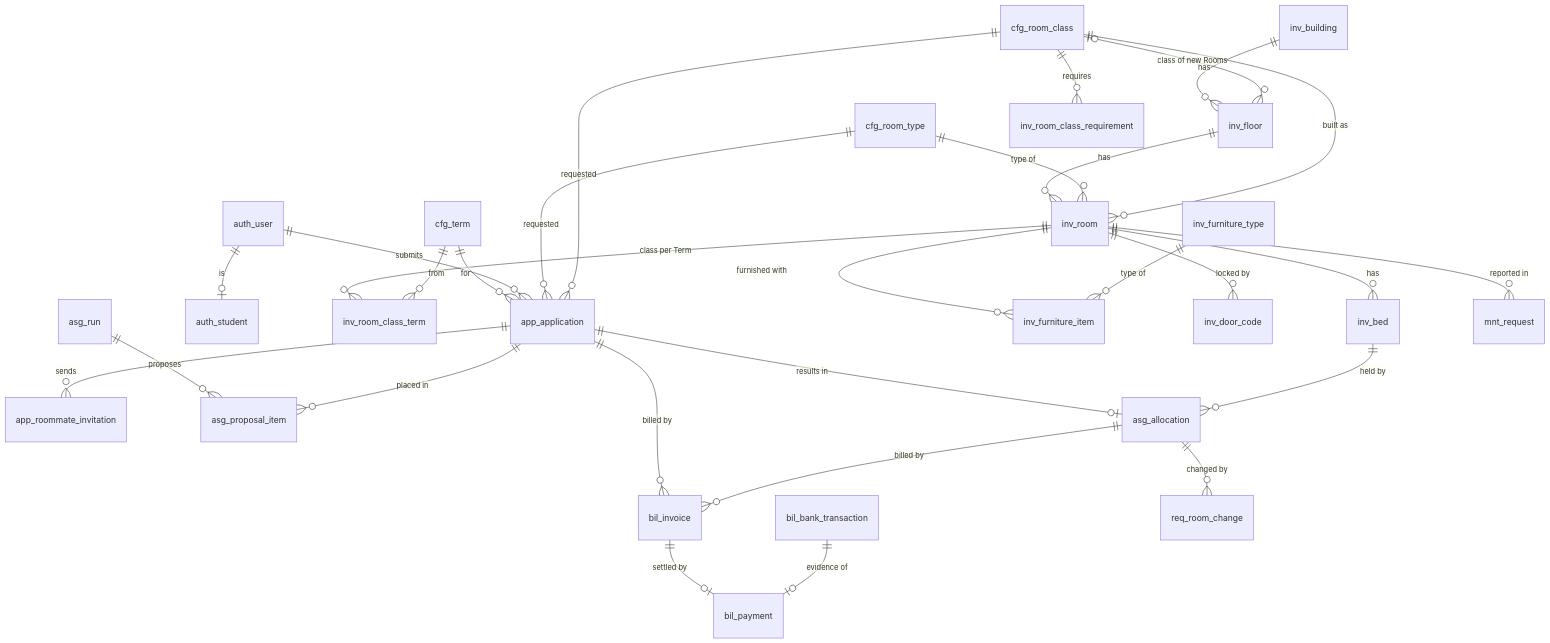
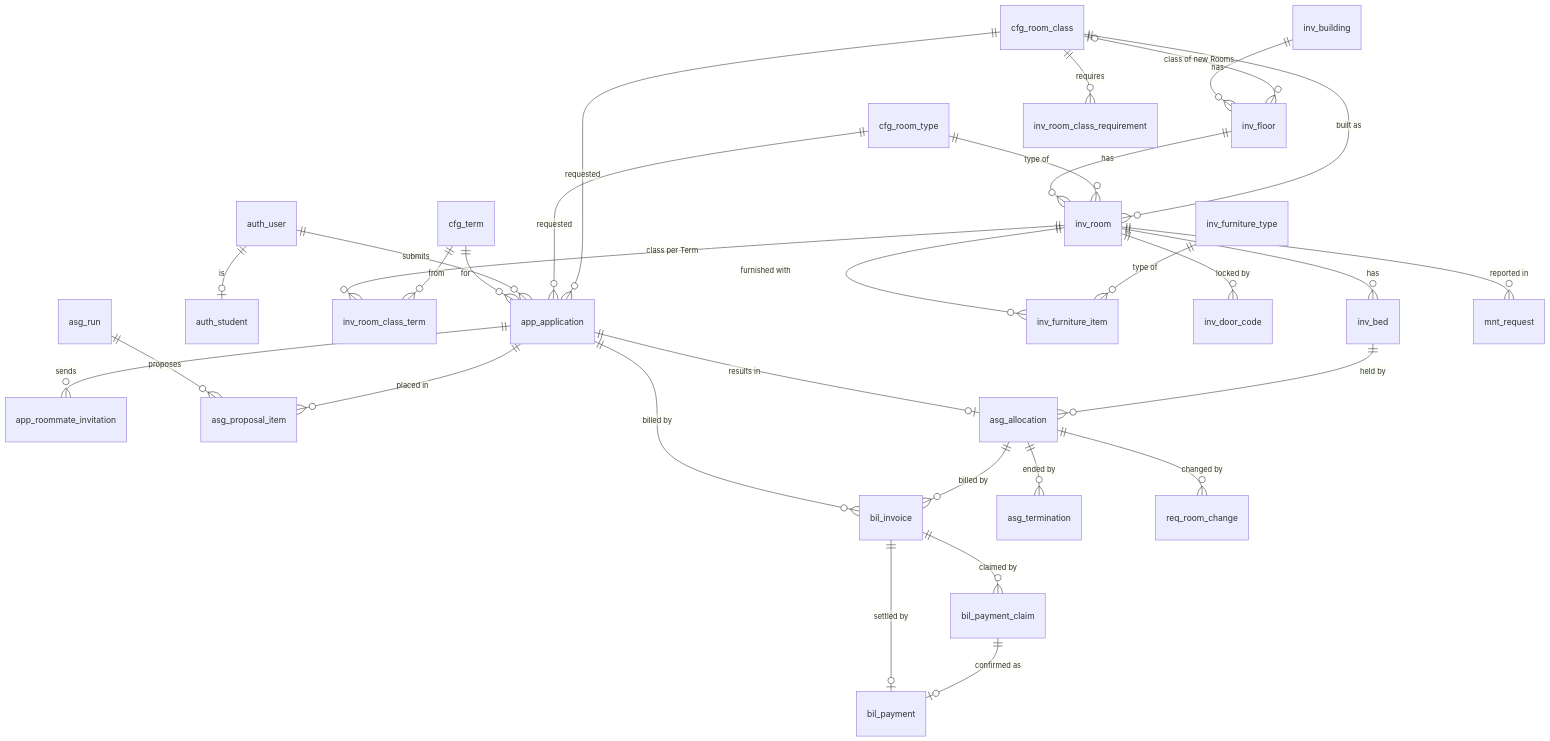
The fourth of 5 diagrams in docs/backend/01_Backend_Architecture.md (tisou47/CampusStay-FPT), drawn with Mermaid before and after one commit. The commit also changed other lines of this file and 133 other files, not shown here.

````diff
--- a/docs/backend/01_Backend_Architecture.md
+++ b/docs/backend/01_Backend_Architecture.md
@@ -335,31 +336,33 @@
 ```mermaid
 erDiagram
     cfg_term ||--o{ app_application : "for"
     auth_user ||--o| auth_student : "is"
     auth_user ||--o{ app_application : "submits"
     cfg_room_type ||--o{ app_application : "requested"
     cfg_room_class ||--o{ app_application : "requested"
     inv_building ||--o{ inv_floor : has
     cfg_room_class |o--o{ inv_floor : "class of new Rooms"
     inv_floor ||--o{ inv_room : has
     cfg_room_type ||--o{ inv_room : "type of"
     cfg_room_class ||--o{ inv_room : "built as"
     inv_room ||--o{ inv_room_class_term : "class per Term"
     cfg_term ||--o{ inv_room_class_term : "from"
     inv_room ||--o{ inv_bed : has
     inv_room ||--o{ inv_furniture_item : "furnished with"
     inv_furniture_type ||--o{ inv_furniture_item : "type of"
     cfg_room_class ||--o{ inv_room_class_requirement : requires
     inv_room ||--o{ inv_door_code : "locked by"
     app_application ||--o{ app_roommate_invitation : sends
     asg_run ||--o{ asg_proposal_item : proposes
     app_application ||--o{ asg_proposal_item : "placed in"
     app_application ||--o| asg_allocation : "results in"
     inv_bed ||--o{ asg_allocation : "held by"
     app_application ||--o{ bil_invoice : "billed by"
     asg_allocation ||--o{ bil_invoice : "billed by"
     bil_invoice ||--o| bil_payment : "settled by"
-    bil_bank_transaction ||--o| bil_payment : "evidence of"
+    bil_invoice ||--o{ bil_payment_claim : "claimed by"
+    bil_payment_claim ||--o| bil_payment : "confirmed as"
+    asg_allocation ||--o{ asg_termination : "ended by"
     asg_allocation ||--o{ req_room_change : "changed by"
     inv_room ||--o{ mnt_request : "reported in"
 ```
````
